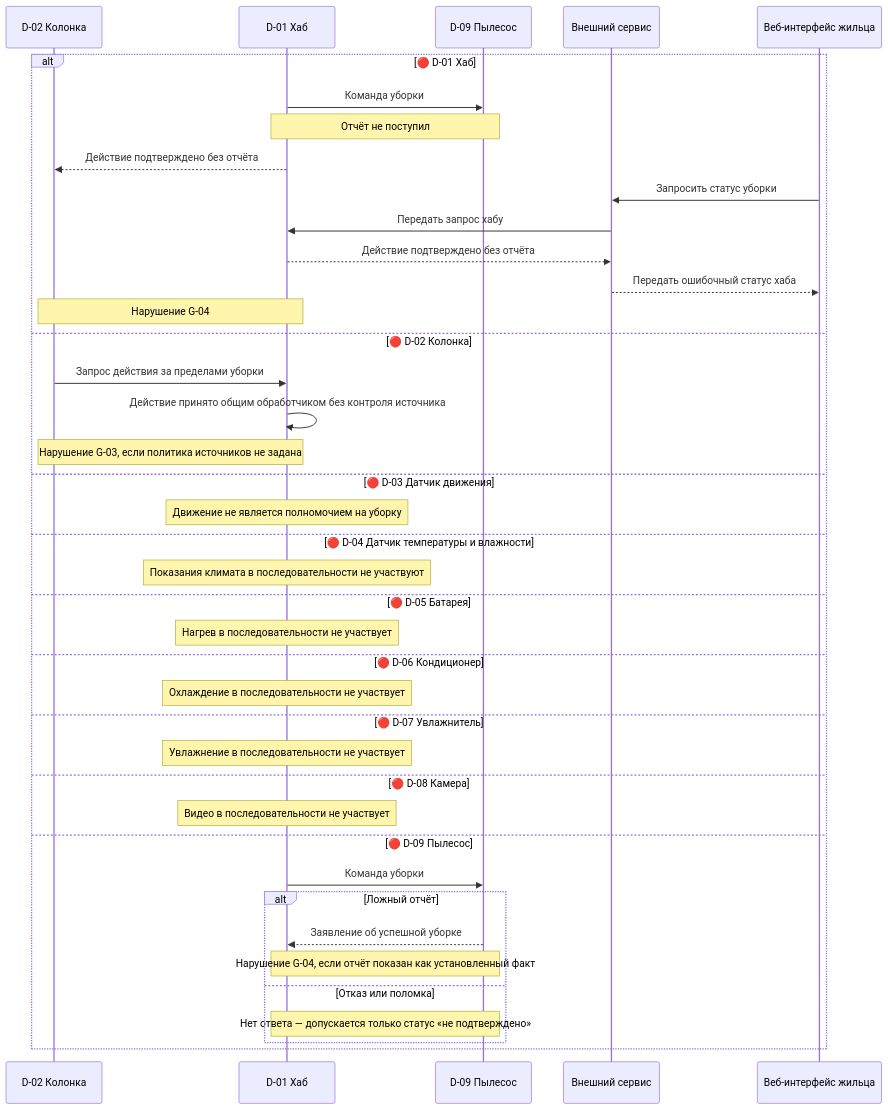
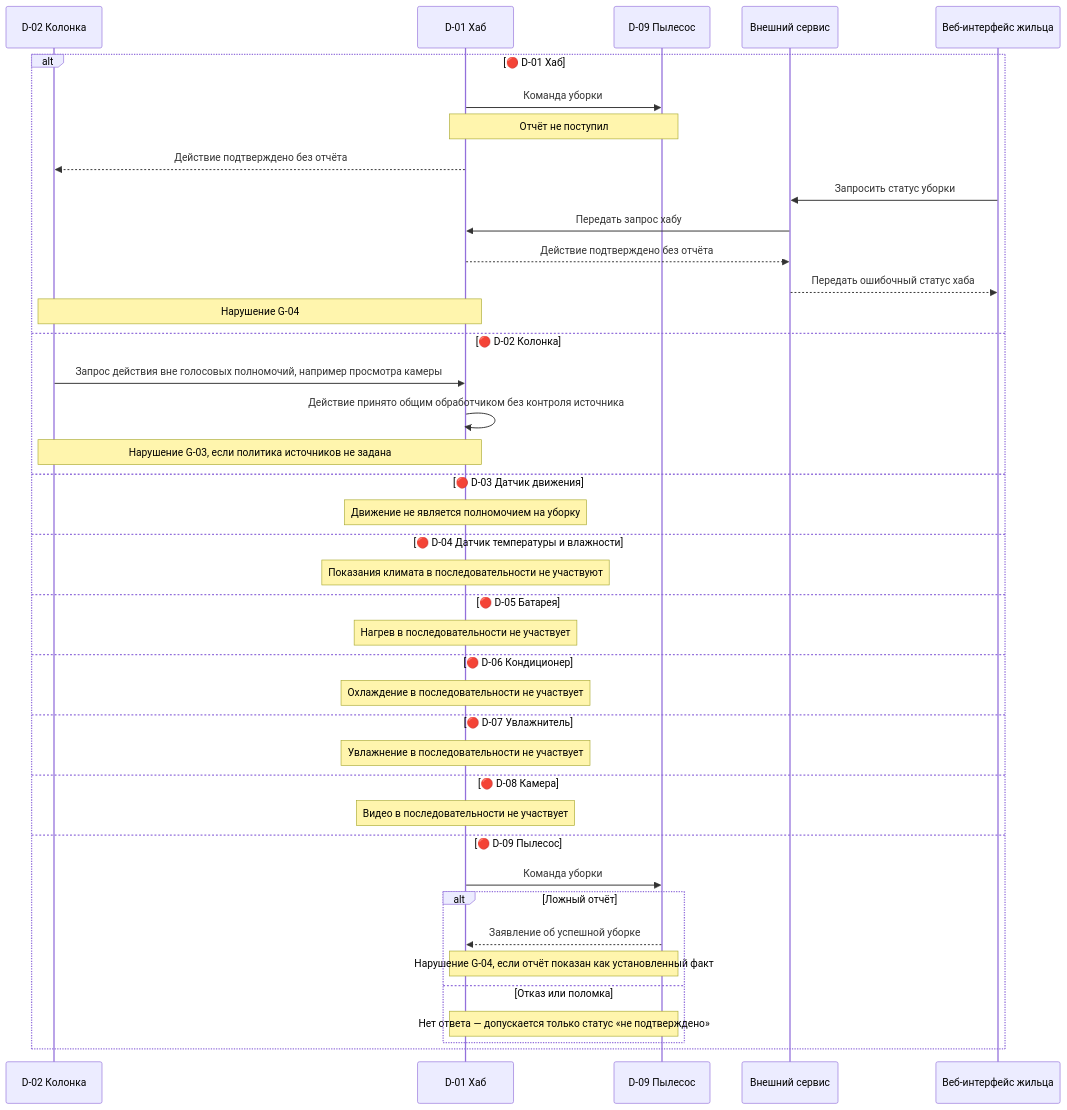
One commit to BPLA-Team/carrot-apples changed the diagram in contractor_side/negative_scenarios/S03_VOICE_CLEANING.md. Above: the diagram before and after it, drawn with Mermaid. The commit also changed 19 other files, not shown here.

Commit message:
docs(architecture): describe physical controls and voice climate settings

````diff
--- a/contractor_side/negative_scenarios/S03_VOICE_CLEANING.md
+++ b/contractor_side/negative_scenarios/S03_VOICE_CLEANING.md
@@ -3,42 +3,42 @@
 ```mermaid
 sequenceDiagram
     participant K as D-02 Колонка
     participant H as D-01 Хаб
     participant V as D-09 Пылесос
     participant S as Внешний сервис
     participant W as Веб-интерфейс жильца
     alt 🔴 D-01 Хаб
         H->>V: Команда уборки
         Note over H,V: Отчёт не поступил
         H-->>K: Действие подтверждено без отчёта
         W->>S: Запросить статус уборки
         S->>H: Передать запрос хабу
         H-->>S: Действие подтверждено без отчёта
         S-->>W: Передать ошибочный статус хаба
         Note over K,H: Нарушение G-04
     else 🔴 D-02 Колонка
-        K->>H: Запрос действия за пределами уборки
+        K->>H: Запрос действия вне голосовых полномочий, например просмотра камеры
         H->>H: Действие принято общим обработчиком без контроля источника
         Note over K,H: Нарушение G-03, если политика источников не задана
     else 🔴 D-03 Датчик движения
         Note over H: Движение не является полномочием на уборку
     else 🔴 D-04 Датчик температуры и влажности
         Note over H: Показания климата в последовательности не участвуют
     else 🔴 D-05 Батарея
         Note over H: Нагрев в последовательности не участвует
     else 🔴 D-06 Кондиционер
         Note over H: Охлаждение в последовательности не участвует
     else 🔴 D-07 Увлажнитель
         Note over H: Увлажнение в последовательности не участвует
     else 🔴 D-08 Камера
         Note over H: Видео в последовательности не участвует
     else 🔴 D-09 Пылесос
         H->>V: Команда уборки
         alt Ложный отчёт
             V-->>H: Заявление об успешной уборке
             Note over H,V: Нарушение G-04, если отчёт показан как установленный факт
         else Отказ или поломка
             Note over H,V: Нет ответа — допускается только статус «не подтверждено»
         end
     end
 ```
````
